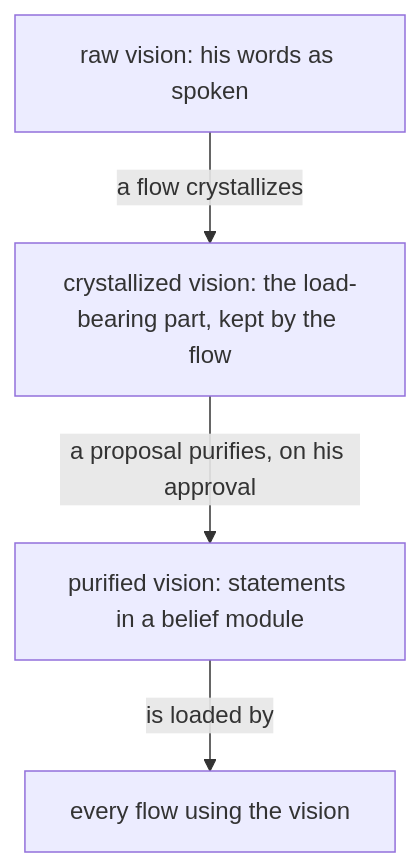
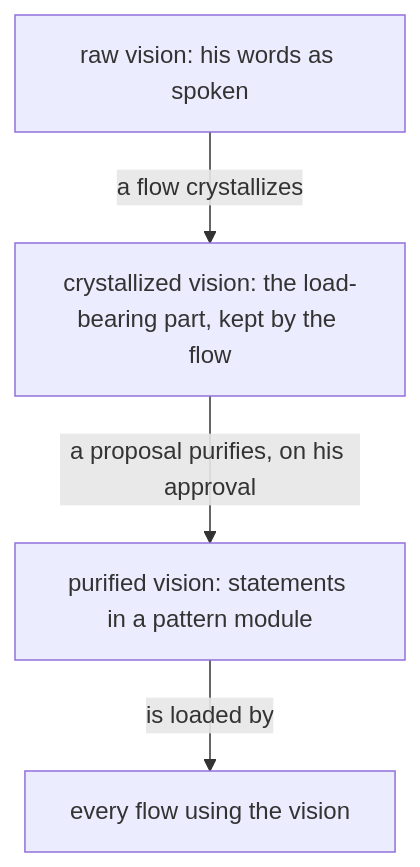
The first of 5 diagrams in vision/crystallization/0.md (LiGoldragon/psyche-belief), drawn with Mermaid before and after one commit. The commit also changed other lines of this file and 15 other files, not shown here.

First line of the commit message:
vision: belief becomes pattern, throughout (the living's word)

````diff
--- a/vision/crystallization/0.md
+++ b/vision/crystallization/0.md
@@ -9,6 +9,6 @@
 ```mermaid
 flowchart TB
     r["raw vision: his words as spoken"] -- "a flow crystallizes" --> c["crystallized vision: the load-bearing part, kept by the flow"]
-    c -- "a proposal purifies, on his approval" --> p["purified vision: statements in a belief module"]
+    c -- "a proposal purifies, on his approval" --> p["purified vision: statements in a pattern module"]
     p -- "is loaded by" --> f["every flow using the vision"]
 ```
````
